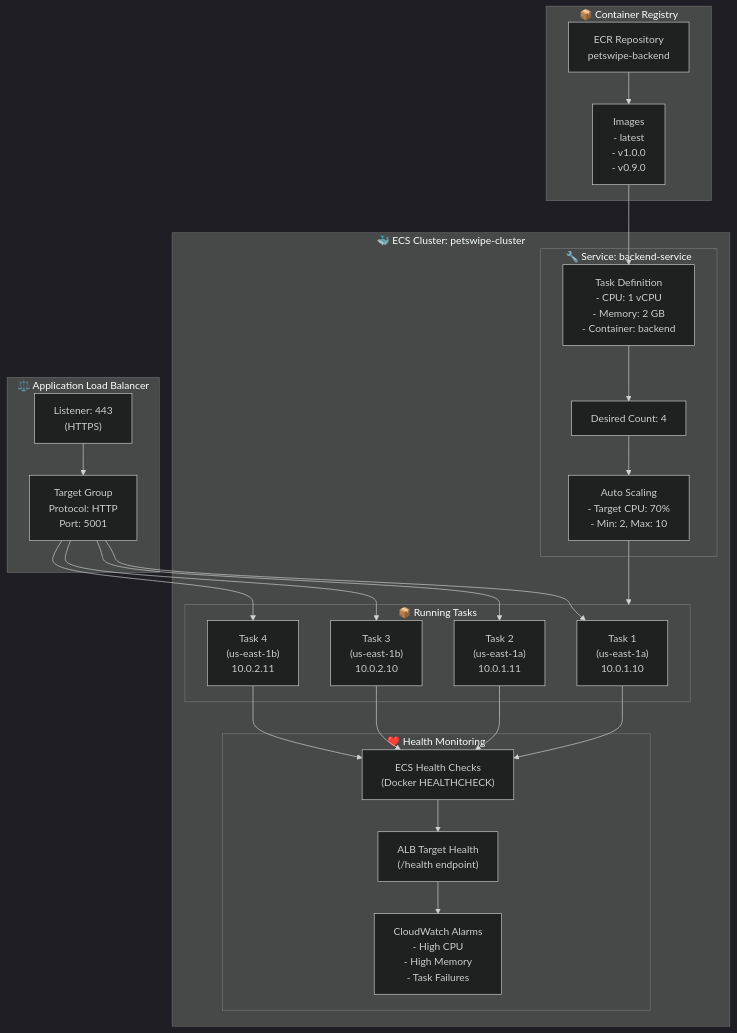
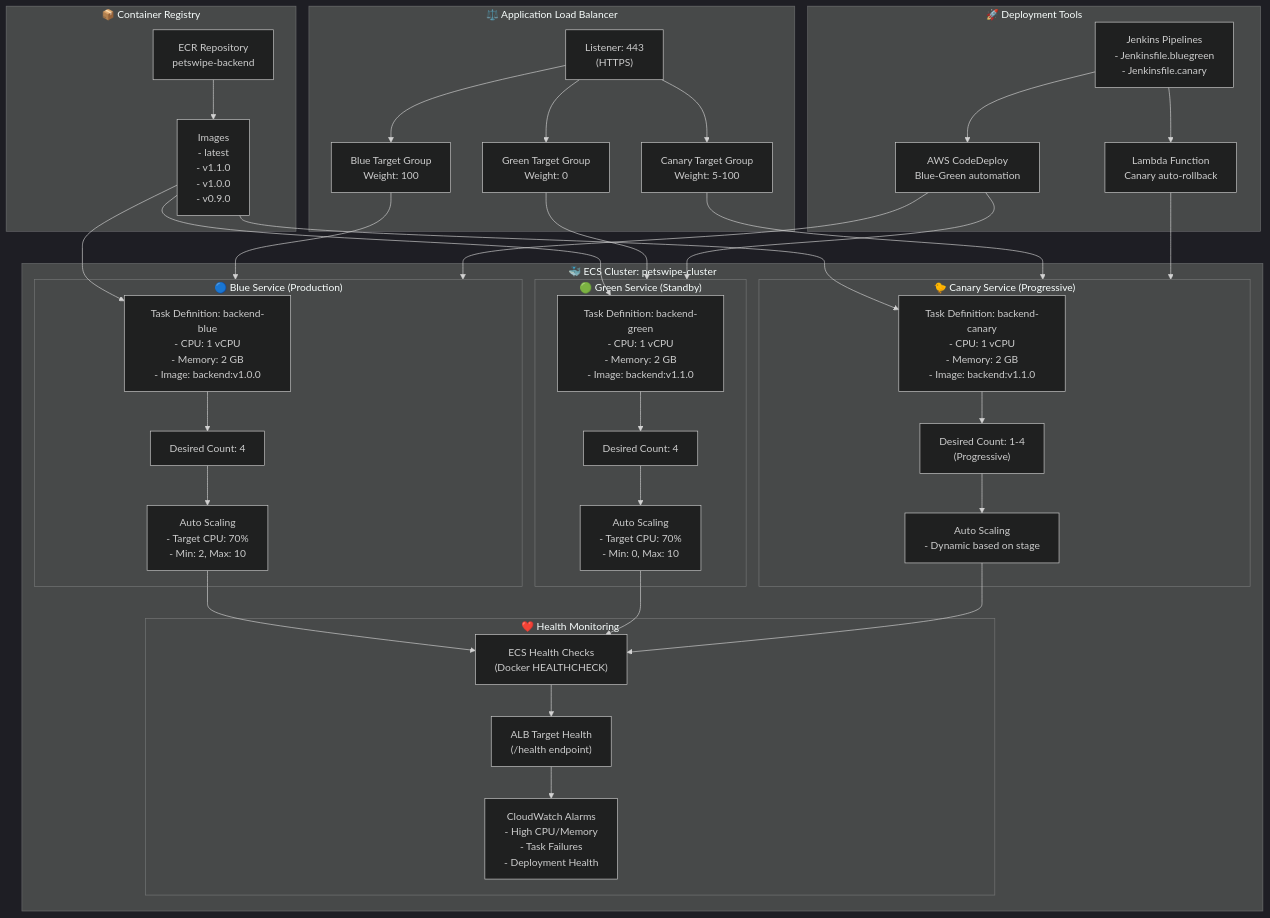
Diagram 20 of 34 in ARCHITECTURE.md (hoangsonww/PetSwipe-Match-App), drawn with Mermaid (dark theme) before and after one commit. The commit also changed other lines of this file and 25 other files, not shown here.

Commit message:
feat(deployment): implement blue-green and canary deployment strategies with automated rollback

````diff
--- a/ARCHITECTURE.md
+++ b/ARCHITECTURE.md
@@ -972,54 +1095,79 @@
 ```mermaid
 flowchart TB
     subgraph Cluster["🐳 ECS Cluster: petswipe-cluster"]
-        subgraph ServiceBackend["🔧 Service: backend-service"]
-            TaskDef["Task Definition<br/>- CPU: 1 vCPU<br/>- Memory: 2 GB<br/>- Container: backend"]
-            DesiredCount["Desired Count: 4"]
-            Scaling["Auto Scaling<br/>- Target CPU: 70%<br/>- Min: 2, Max: 10"]
+        subgraph BlueService["🔵 Blue Service (Production)"]
+            BlueTaskDef["Task Definition: backend-blue<br/>- CPU: 1 vCPU<br/>- Memory: 2 GB<br/>- Image: backend:v1.0.0"]
+            BlueCount["Desired Count: 4"]
+            BlueScaling["Auto Scaling<br/>- Target CPU: 70%<br/>- Min: 2, Max: 10"]
         end
 
-        subgraph Tasks["📦 Running Tasks"]
-            Task1["Task 1<br/>(us-east-1a)<br/>10.0.1.10"]
-            Task2["Task 2<br/>(us-east-1a)<br/>10.0.1.11"]
-            Task3["Task 3<br/>(us-east-1b)<br/>10.0.2.10"]
-            Task4["Task 4<br/>(us-east-1b)<br/>10.0.2.11"]
+        subgraph GreenService["🟢 Green Service (Standby)"]
+            GreenTaskDef["Task Definition: backend-green<br/>- CPU: 1 vCPU<br/>- Memory: 2 GB<br/>- Image: backend:v1.1.0"]
+            GreenCount["Desired Count: 4"]
+            GreenScaling["Auto Scaling<br/>- Target CPU: 70%<br/>- Min: 0, Max: 10"]
+        end
+
+        subgraph CanaryService["🐤 Canary Service (Progressive)"]
+            CanaryTaskDef["Task Definition: backend-canary<br/>- CPU: 1 vCPU<br/>- Memory: 2 GB<br/>- Image: backend:v1.1.0"]
+            CanaryCount["Desired Count: 1-4<br/>(Progressive)"]
+            CanaryScaling["Auto Scaling<br/>- Dynamic based on stage"]
         end
 
         subgraph HealthChecks["❤️ Health Monitoring"]
             ECSHealth["ECS Health Checks<br/>(Docker HEALTHCHECK)"]
             ALBHealth["ALB Target Health<br/>(/health endpoint)"]
-            CWAlarms["CloudWatch Alarms<br/>- High CPU<br/>- High Memory<br/>- Task Failures"]
+            CWAlarms["CloudWatch Alarms<br/>- High CPU/Memory<br/>- Task Failures<br/>- Deployment Health"]
         end
     end
 
     subgraph ALB["⚖️ Application Load Balancer"]
         Listener["Listener: 443<br/>(HTTPS)"]
-        TargetGroup["Target Group<br/>Protocol: HTTP<br/>Port: 5001"]
+        BlueTarget["Blue Target Group<br/>Weight: 100"]
+        GreenTarget["Green Target Group<br/>Weight: 0"]
+        CanaryTarget["Canary Target Group<br/>Weight: 5-100"]
     end
 
     subgraph Registry["📦 Container Registry"]
         ECR["ECR Repository<br/>petswipe-backend"]
-        Images["Images<br/>- latest<br/>- v1.0.0<br/>- v0.9.0"]
+        Images["Images<br/>- latest<br/>- v1.1.0<br/>- v1.0.0<br/>- v0.9.0"]
     end
 
-    TaskDef --> DesiredCount
-    DesiredCount --> Scaling
-    Scaling --> Tasks
+    subgraph Deployment["🚀 Deployment Tools"]
+        CodeDeploy["AWS CodeDeploy<br/>Blue-Green automation"]
+        Lambda["Lambda Function<br/>Canary auto-rollback"]
+        Jenkins["Jenkins Pipelines<br/>- Jenkinsfile.bluegreen<br/>- Jenkinsfile.canary"]
+    end
 
-    Task1 --> ECSHealth
-    Task2 --> ECSHealth
-    Task3 --> ECSHealth
-    Task4 --> ECSHealth
+    BlueTaskDef --> BlueCount
+    BlueCount --> BlueScaling
+    GreenTaskDef --> GreenCount
+    GreenCount --> GreenScaling
+    CanaryTaskDef --> CanaryCount
+    CanaryCount --> CanaryScaling
+
+    BlueScaling --> ECSHealth
+    GreenScaling --> ECSHealth
+    CanaryScaling --> ECSHealth
 
     ECSHealth --> ALBHealth
     ALBHealth --> CWAlarms
 
-    Listener --> TargetGroup
-    TargetGroup --> Task1
-    TargetGroup --> Task2
-    TargetGroup --> Task3
-    TargetGroup --> Task4
+    Listener --> BlueTarget
+    Listener --> GreenTarget
+    Listener --> CanaryTarget
+    
+    BlueTarget --> BlueService
+    GreenTarget --> GreenService
+    CanaryTarget --> CanaryService
 
     ECR --> Images
-    Images --> TaskDef
+    Images --> BlueTaskDef
+    Images --> GreenTaskDef
+    Images --> CanaryTaskDef
+
+    CodeDeploy --> BlueService
+    CodeDeploy --> GreenService
+    Lambda --> CanaryService
+    Jenkins --> CodeDeploy
+    Jenkins --> Lambda
 ```
````
